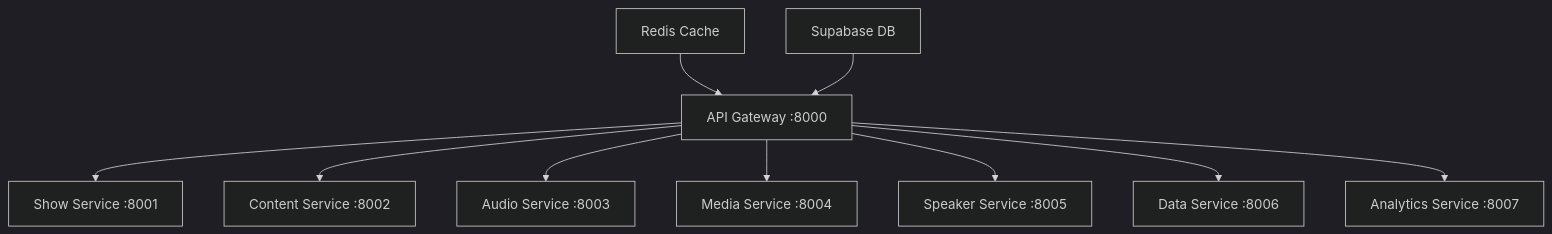
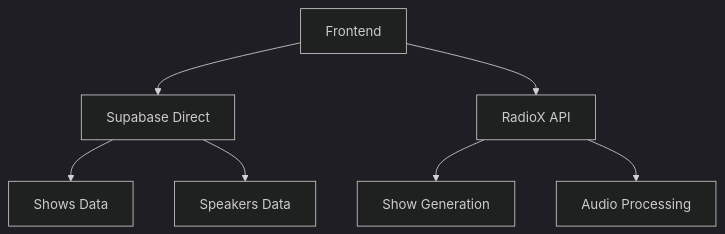
Before and after one commit to muraschal/radiox-backend: the diagram in docs/user-guide/api-reference.md, drawn with Mermaid (dark theme). The commit also changed other lines of this file and 87 other files, not shown here.

````diff
--- a/docs/user-guide/api-reference.md
+++ b/docs/user-guide/api-reference.md
@@ -54,12 +55,9 @@
 ```mermaid
 graph TD
-    A[API Gateway :8000] --> B[Show Service :8001]
-    A --> C[Content Service :8002] 
-    A --> D[Audio Service :8003]
-    A --> E[Media Service :8004]
-    A --> F[Speaker Service :8005]
-    A --> G[Data Service :8006]
-    A --> H[Analytics Service :8007]
-    I[Redis Cache] --> A
-    J[Supabase DB] --> A
+    A[Frontend] --> B[Supabase Direct]
+    A --> C[RadioX API]
+    C --> D[Show Generation]
+    C --> E[Audio Processing]
+    B --> F[Shows Data]
+    B --> G[Speakers Data]
 ```
````
